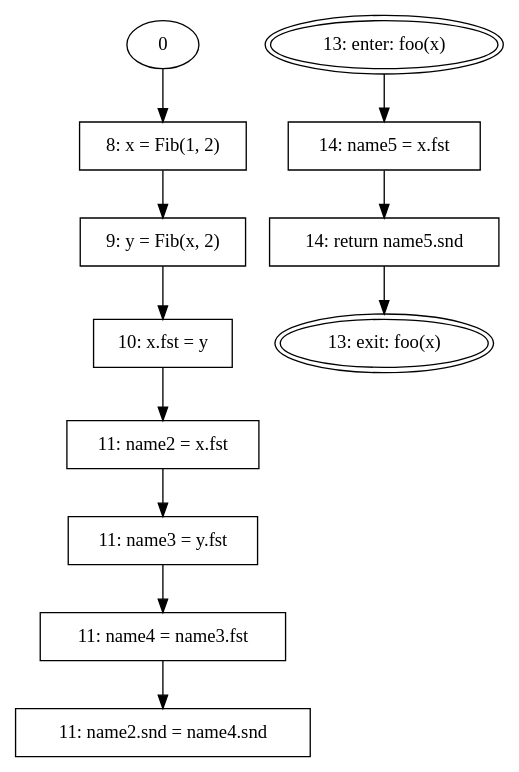
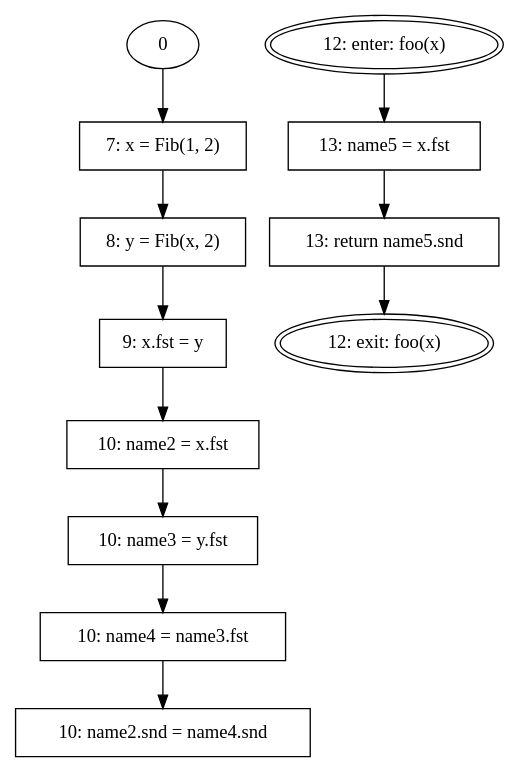
One commit to racerand/PyAnalysis changed the diagram in main/Source.gv. Above: the diagram before and after it, drawn with Graphviz. The commit also changed 4 other files, not shown here.

```diff
--- a/main/Source.gv
+++ b/main/Source.gv
@@ -1,24 +1,24 @@
 // Control Flow Graph
 digraph {
-	1 [label="8: x = Fib(1, 2)" peripheries=1 shape=rectangle]
+	1 [label="7: x = Fib(1, 2)" peripheries=1 shape=rectangle]
 	0 -> 1
-	2 [label="9: y = Fib(x, 2)" peripheries=1 shape=rectangle]
+	2 [label="8: y = Fib(x, 2)" peripheries=1 shape=rectangle]
 	1 -> 2
-	3 [label="10: x.fst = y" peripheries=1 shape=rectangle]
+	3 [label="9: x.fst = y" peripheries=1 shape=rectangle]
 	2 -> 3
-	4 [label="11: name2 = x.fst" peripheries=1 shape=rectangle]
+	4 [label="10: name2 = x.fst" peripheries=1 shape=rectangle]
 	3 -> 4
-	5 [label="11: name3 = y.fst" peripheries=1 shape=rectangle]
+	5 [label="10: name3 = y.fst" peripheries=1 shape=rectangle]
 	4 -> 5
-	6 [label="11: name4 = name3.fst" peripheries=1 shape=rectangle]
+	6 [label="10: name4 = name3.fst" peripheries=1 shape=rectangle]
 	5 -> 6
-	7 [label="11: name2.snd = name4.snd" peripheries=1 shape=rectangle]
+	7 [label="10: name2.snd = name4.snd" peripheries=1 shape=rectangle]
 	6 -> 7
-	8 [label="13: enter: foo(x)" peripheries=2 shape=oval]
-	9 [label="13: exit: foo(x)" peripheries=2 shape=oval]
+	8 [label="12: enter: foo(x)" peripheries=2 shape=oval]
+	9 [label="12: exit: foo(x)" peripheries=2 shape=oval]
 	11 -> 9
-	10 [label="14: name5 = x.fst" peripheries=1 shape=rectangle]
+	10 [label="13: name5 = x.fst" peripheries=1 shape=rectangle]
 	8 -> 10
-	11 [label="14: return name5.snd" peripheries=1 shape=rectangle]
+	11 [label="13: return name5.snd" peripheries=1 shape=rectangle]
 	10 -> 11
 }
```
